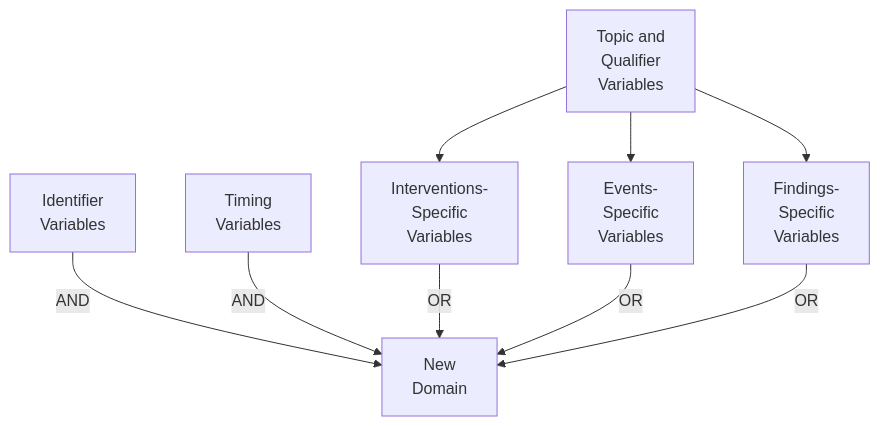
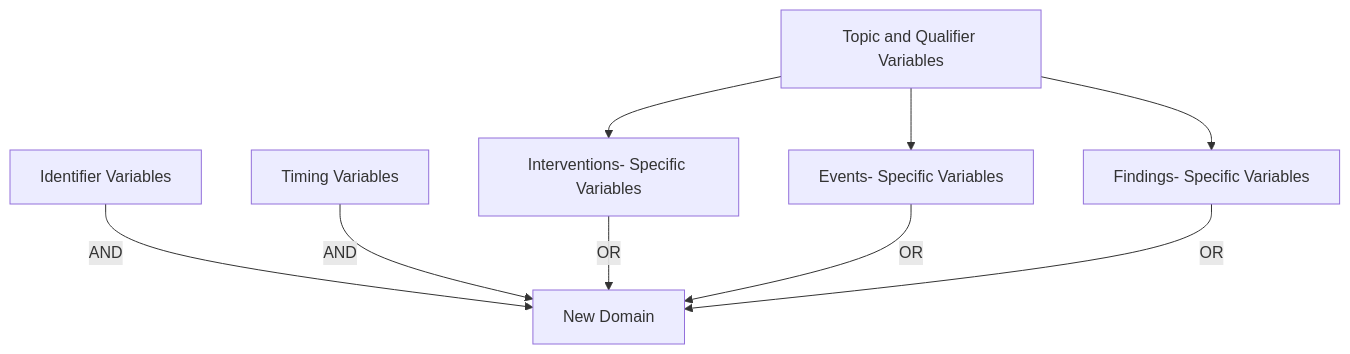
One commit to hakupao/sdtm-pedia changed the diagram in knowledge_base/chapters/ch02_fundamentals.md. Above: the diagram before and after it, drawn with Mermaid. The commit also changed 72 other files, not shown here.

````diff
--- a/knowledge_base/chapters/ch02_fundamentals.md
+++ b/knowledge_base/chapters/ch02_fundamentals.md
@@ -92,11 +92,11 @@
 ```mermaid
 graph TD
-    A["Identifier\nVariables"] -- AND --> D["New\nDomain"]
-    B["Timing\nVariables"] -- AND --> D
-    C["Topic and\nQualifier\nVariables"] --> E["Interventions-\nSpecific\nVariables"]
-    C --> F["Events-\nSpecific\nVariables"]
-    C --> G["Findings-\nSpecific\nVariables"]
+    A["Identifier Variables"] -- AND --> D["New Domain"]
+    B["Timing Variables"] -- AND --> D
+    C["Topic and Qualifier Variables"] --> E["Interventions- Specific Variables"]
+    C --> F["Events- Specific Variables"]
+    C --> G["Findings- Specific Variables"]
     E -- OR --> D
     F -- OR --> D
     G -- OR --> D
 ```
````
